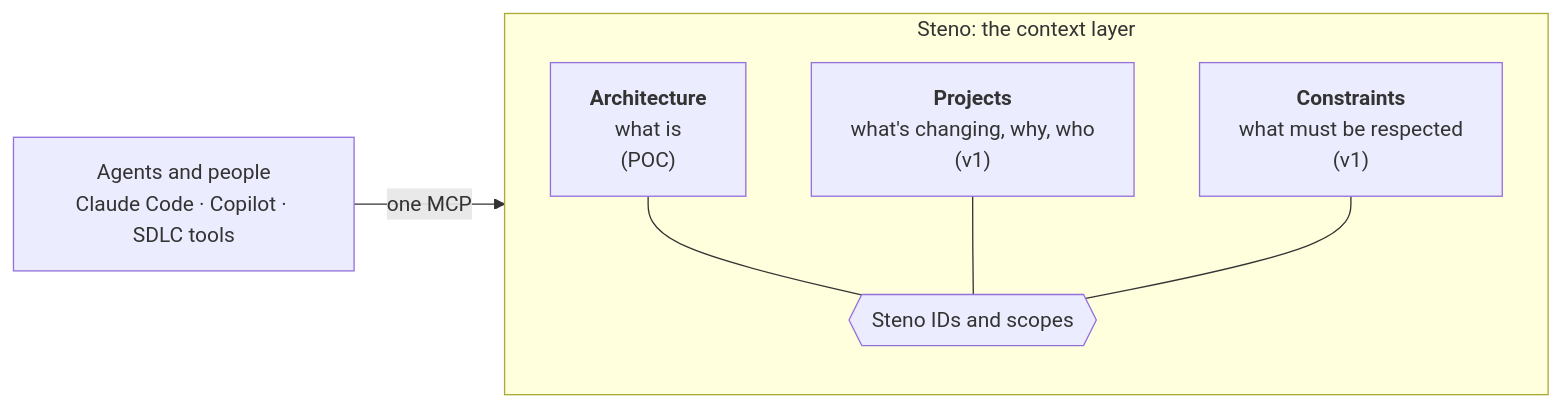
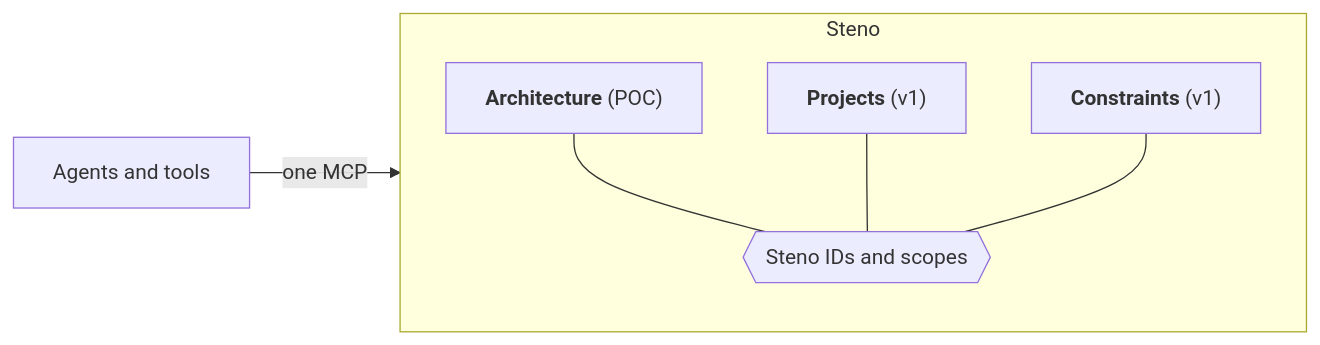
One commit to KBavis/steno changed the diagram in docs/purpose/context-layer.md. Above: the diagram before and after it, drawn with Mermaid. The commit also changed other lines of this file and 35 other files, not shown here.

First line of the commit message:
docs: simplify the docs and record D150 (flows-first routing)

````diff
--- a/docs/purpose/context-layer.md
+++ b/docs/purpose/context-layer.md
@@ -12,14 +11,14 @@
 ```mermaid
 flowchart LR
-    AG["Agents and people<br/>Claude Code · Copilot · SDLC tools"] -- "one MCP" --> ST
-    subgraph ST["Steno: the context layer"]
+    AG["Agents and tools"] -- "one MCP" --> ST
+    subgraph ST["Steno"]
       direction TB
-      A["<b>Architecture</b><br/>what is<br/>(POC)"]
-      P["<b>Projects</b><br/>what's changing, why, who<br/>(v1)"]
-      C["<b>Constraints</b><br/>what must be respected<br/>(v1)"]
+      A["<b>Architecture</b> (POC)"]
+      P["<b>Projects</b> (v1)"]
+      C["<b>Constraints</b> (v1)"]
       ID{{"Steno IDs and scopes"}}
       A --- ID
       P --- ID
       C --- ID
     end
 ```
````
